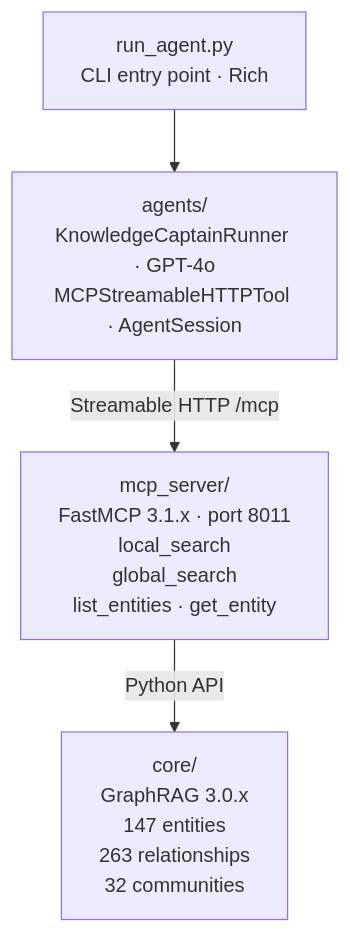
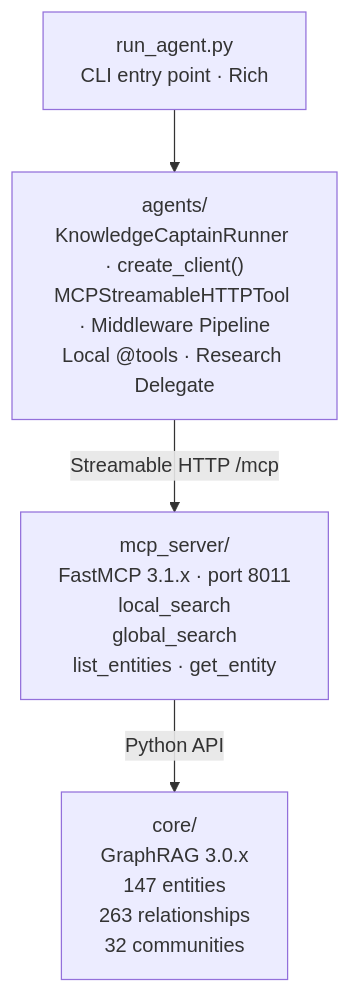
The diagram in README.md (cristofima/maf-graphrag-series), drawn with Mermaid before and after one commit. The commit also changed other lines of this file and 5 other files, not shown here.

````diff
--- a/README.md
+++ b/README.md
@@ -235,11 +237,11 @@
 ```mermaid
 flowchart TD
     A["run_agent.py<br/>CLI entry point · Rich"]
-    B["agents/<br/>KnowledgeCaptainRunner · GPT-4o<br/>MCPStreamableHTTPTool · AgentSession"]
+    B["agents/<br/>KnowledgeCaptainRunner · create_client()<br/>MCPStreamableHTTPTool · Middleware Pipeline<br/>Local @tools · Research Delegate"]
     C["mcp_server/<br/>FastMCP 3.1.x · port 8011<br/>local_search<br/>global_search<br/>list_entities · get_entity"]
     D["core/<br/>GraphRAG 3.0.x<br/>147 entities<br/>263 relationships<br/>32 communities"]
 
     A --> B
     B -->|"Streamable HTTP /mcp"| C
     C -->|"Python API"| D
 ```
````
